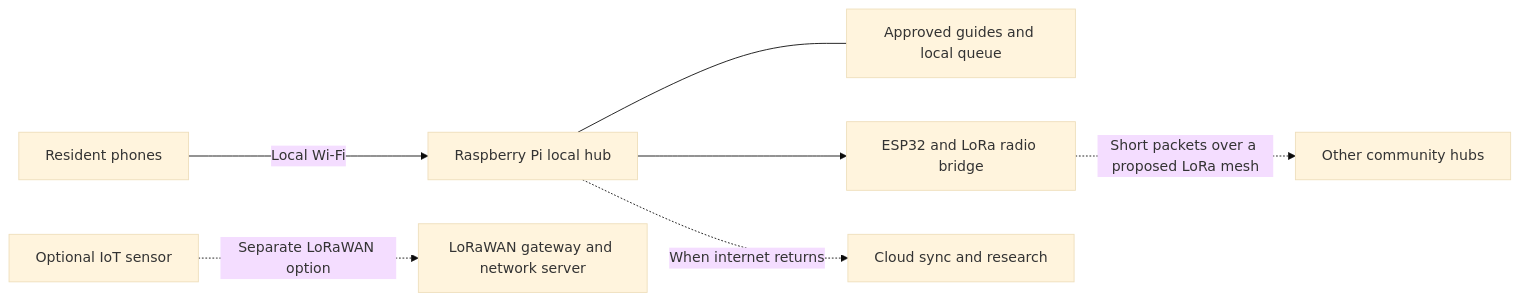
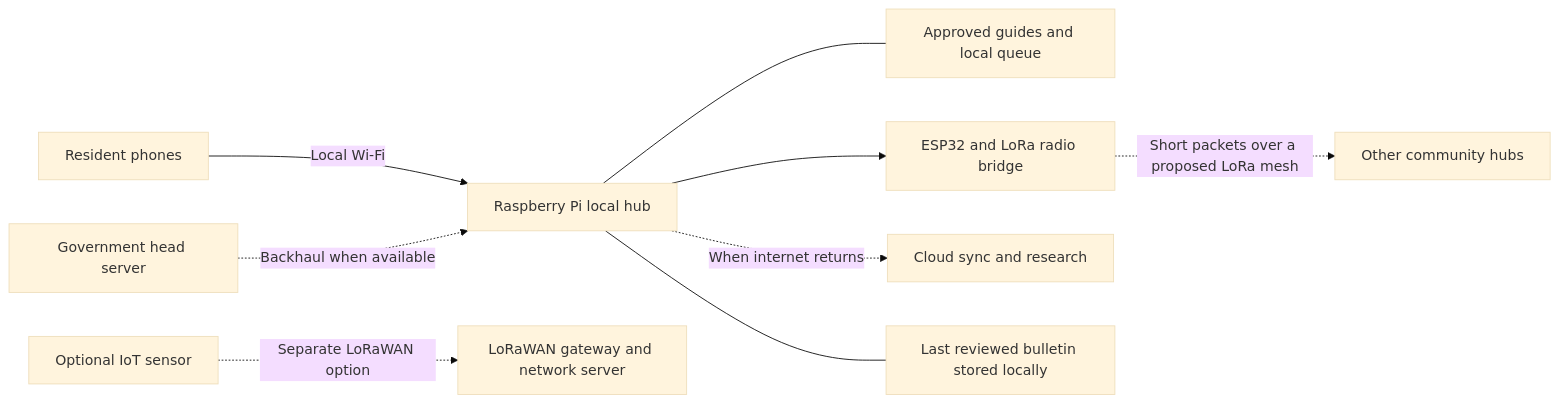
The second of 2 diagrams in README.md (shhhivam12/openai-devday-delhi), drawn with Mermaid (base theme) before and after one commit. The commit also changed other lines of this file and 10 other files, not shown here.

````diff
--- a/README.md
+++ b/README.md
@@ -212,9 +218,11 @@
 ```mermaid
 flowchart LR
   PHONE[Resident phones] -->|Local Wi-Fi| HUB[Raspberry Pi local hub]
   HUB --- CONTENT[Approved guides and local queue]
   HUB --> BRIDGE[ESP32 and LoRa radio bridge]
   BRIDGE -.->|Short packets over a proposed LoRa mesh| OTHER[Other community hubs]
   HUB -.->|When internet returns| CLOUD[Cloud sync and research]
+  GOV[Government head server] -.->|Backhaul when available| HUB
+  HUB --- BULLETIN[Last reviewed bulletin stored locally]
   SENSOR[Optional IoT sensor] -.->|Separate LoRaWAN option| GATEWAY[LoRaWAN gateway and network server]
 ```
````
